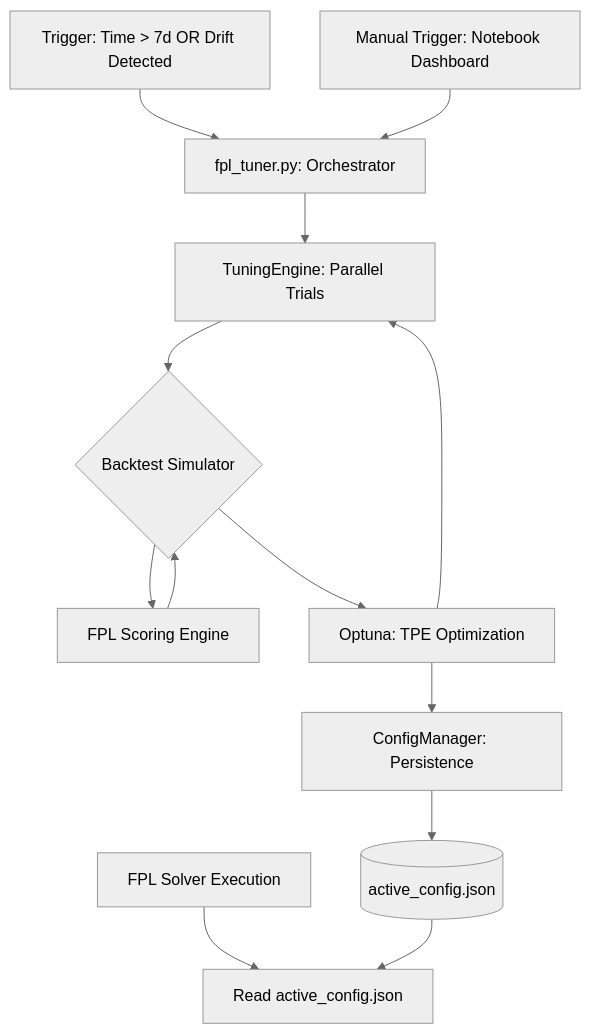
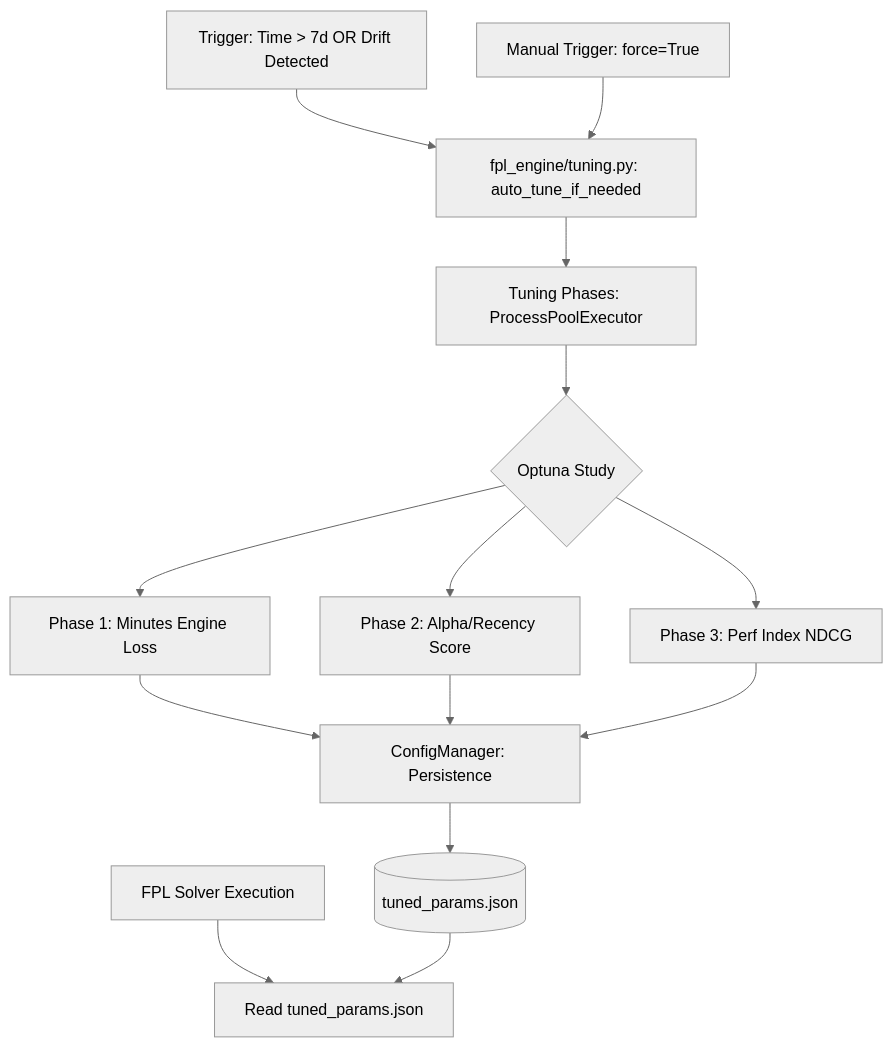
The diagram in ARCHITECTURE.md (JubileeZ/FPL), drawn with Mermaid (neutral theme) before and after one commit. The commit also changed other lines of this file and 15 other files, not shown here.

Commit message:
refactor: migrate to independent stochastic scenarios, update scoring weights, and integrate automated tuning engine

````diff
--- a/ARCHITECTURE.md
+++ b/ARCHITECTURE.md
@@ -7,19 +7,18 @@
 ```mermaid
 graph TD
-    A[Trigger: Time > 7d OR Drift Detected] --> B[fpl_tuner.py: Orchestrator]
-    M[Manual Trigger: Notebook Dashboard] --> B
+    A[Trigger: Time > 7d OR Drift Detected] --> B[fpl_engine/tuning.py: auto_tune_if_needed]
+    M[Manual Trigger: force=True] --> B
     
-    B --> C[TuningEngine: Parallel Trials]
-    C --> D{Backtest Simulator}
-    D --> E[FPL Scoring Engine]
-    E --> D
+    B --> C[Tuning Phases: ProcessPoolExecutor]
+    C --> D{Optuna Study}
     
-    D --> F[Optuna: TPE Optimization]
-    F --> C
+    D --> E1[Phase 1: Minutes Engine Loss]
+    D --> E2[Phase 2: Alpha/Recency Score]
+    D --> E3[Phase 3: Perf Index NDCG]
     
-    F --> G[ConfigManager: Persistence]
-    G --> H[(active_config.json)]
+    E1 & E2 & E3 --> F[ConfigManager: Persistence]
+    F --> G[(tuned_params.json)]
     
-    I[FPL Solver Execution] --> J[Read active_config.json]
-    H --> J
+    I[FPL Solver Execution] --> J[Read tuned_params.json]
+    G --> J
 ```
````
